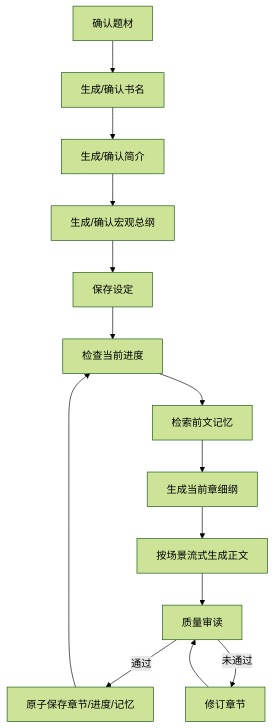
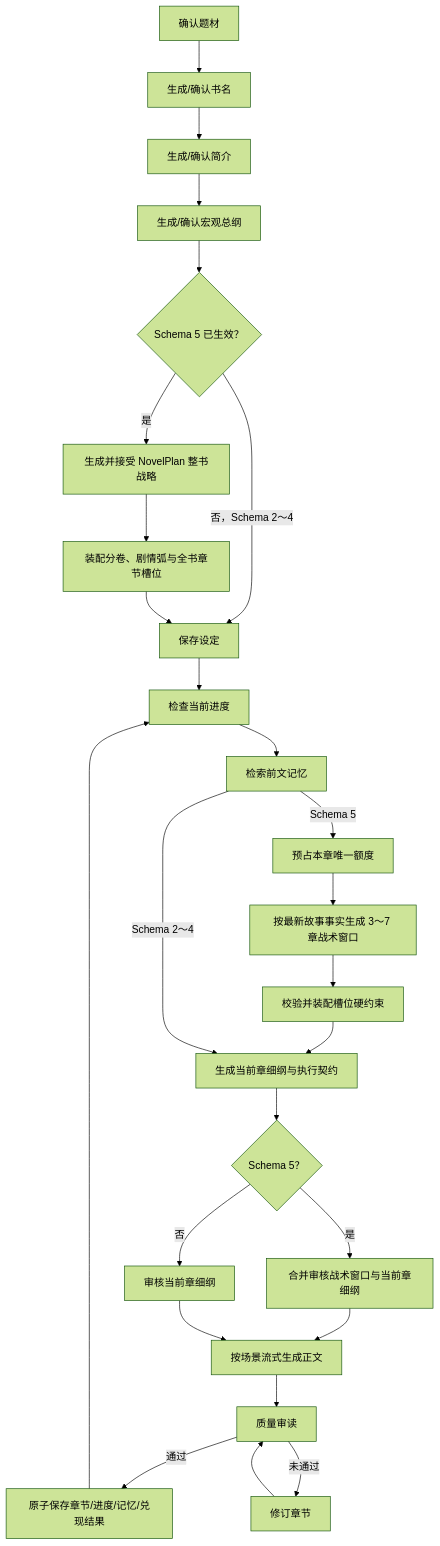
The second of 2 diagrams in README.md (Requim/AI-writter), drawn with Mermaid (forest theme) before and after one commit. The commit also changed other lines of this file and 81 other files, not shown here.

````diff
--- a/README.md
+++ b/README.md
@@ -107,16 +107,28 @@
 ```mermaid
 flowchart TD
     T["确认题材"] --> N["生成/确认书名"]
     N --> S["生成/确认简介"]
     S --> O["生成/确认宏观总纲"]
-    O --> P["保存设定"]
+    O --> F{"Schema 5 已生效？"}
+    F -->|"是"| NP["生成并接受 NovelPlan 整书战略"]
+    F -->|"否，Schema 2～4"| P["保存设定"]
+    NP --> VP["装配分卷、剧情弧与全书章节槽位"]
+    VP --> P
     P --> G["检查当前进度"]
     G --> M["检索前文记忆"]
-    M --> CO["生成当前章细纲"]
-    CO --> W["按场景流式生成正文"]
+    M -->|"Schema 5"| CQ["预占本章唯一额度"]
+    CQ --> TW["按最新故事事实生成 3～7 章战术窗口"]
+    TW --> CV["校验并装配槽位硬约束"]
+    CV --> CO["生成当前章细纲与执行契约"]
+    M -->|"Schema 2～4"| CO
+    CO --> R{"Schema 5？"}
+    R -->|"是"| CP["合并审核战术窗口与当前章细纲"]
+    R -->|"否"| OR["审核当前章细纲"]
+    CP --> W["按场景流式生成正文"]
+    OR --> W
     W --> Q["质量审读"]
-    Q -->|"通过"| PS["原子保存章节/进度/记忆"]
+    Q -->|"通过"| PS["原子保存章节/进度/记忆/兑现结果"]
     Q -->|"未通过"| V["修订章节"]
     V --> Q
     PS --> G
 ```
````
